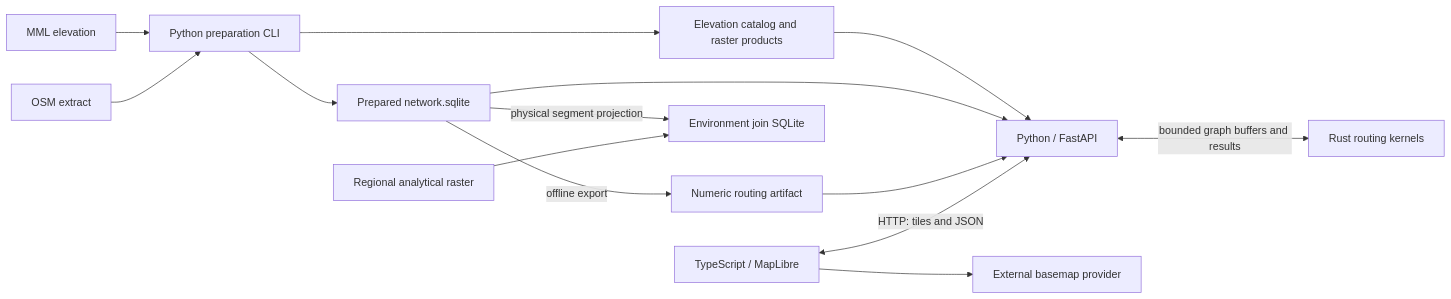
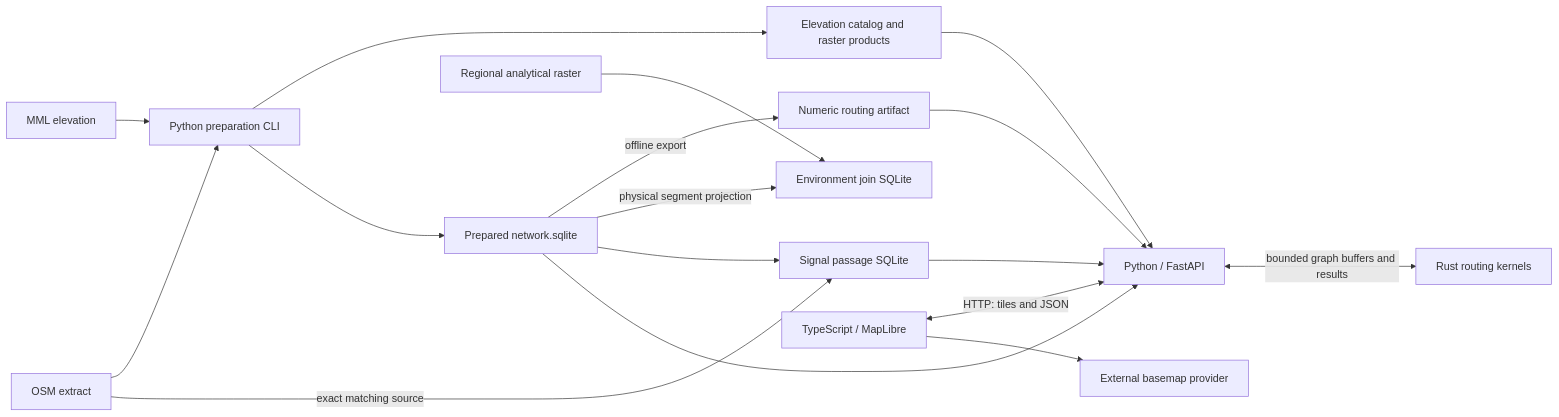
One commit to anttimc/runmap changed the diagram in docs/architecture.md. Above: the diagram before and after it, drawn with Mermaid. The commit also changed other lines of this file and 56 other files, not shown here.

````diff
--- a/docs/architecture.md
+++ b/docs/architecture.md
@@ -10,16 +10,19 @@
 ```mermaid
 flowchart LR
     MML["MML elevation"] --> Prepare["Python preparation CLI"]
     OSM["OSM extract"] --> Prepare
     Prepare --> Terrain["Elevation catalog and raster products"]
     Prepare --> Network["Prepared network.sqlite"]
     Network -->|offline export| Numeric["Numeric routing artifact"]
     Network -->|physical segment projection| EnvJoin["Environment join SQLite"]
+    Network --> SignalJoin["Signal passage SQLite"]
+    OSM -->|exact matching source| SignalJoin
+    SignalJoin --> API
     EnvRaster["Regional analytical raster"] --> EnvJoin
     Terrain --> API["Python / FastAPI"]
     Network --> API
     Numeric --> API
     API <-->|"bounded graph buffers and results"| Rust["Rust routing kernels"]
     Browser["TypeScript / MapLibre"] <-->|"HTTP: tiles and JSON"| API
     Browser --> Basemap["External basemap provider"]
 ```
````
